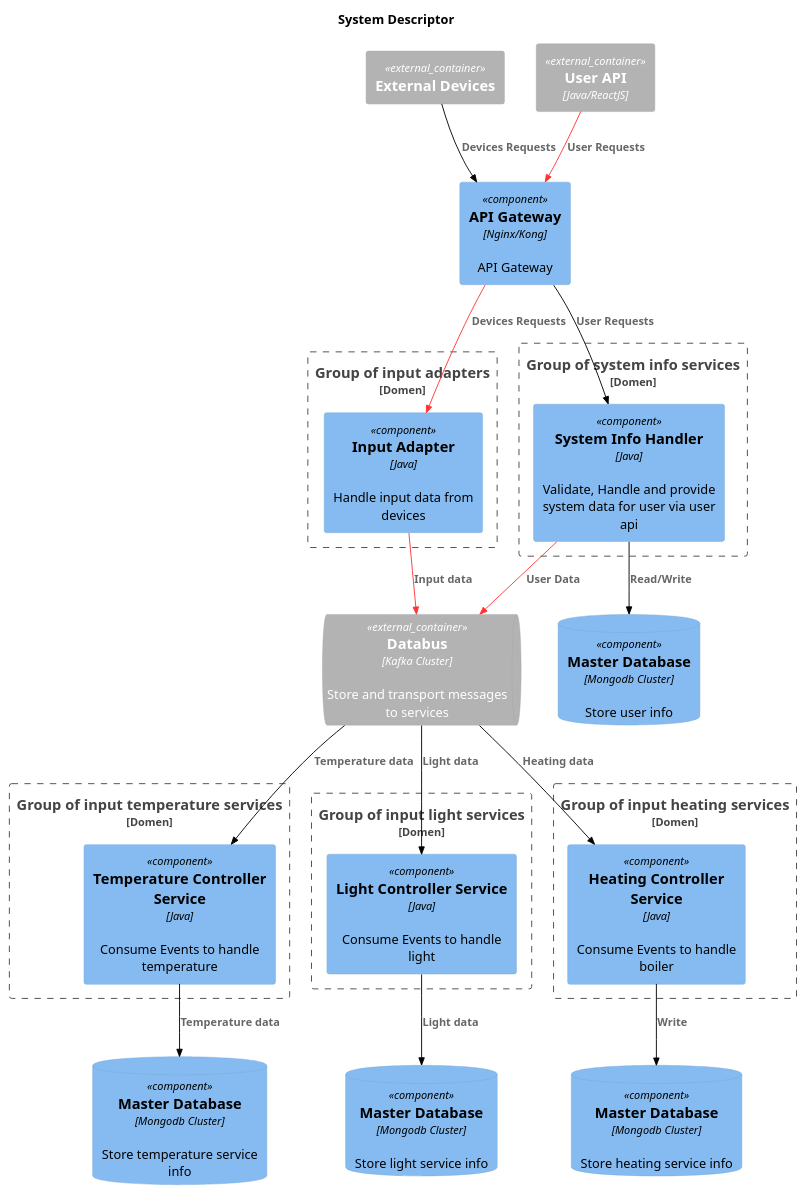
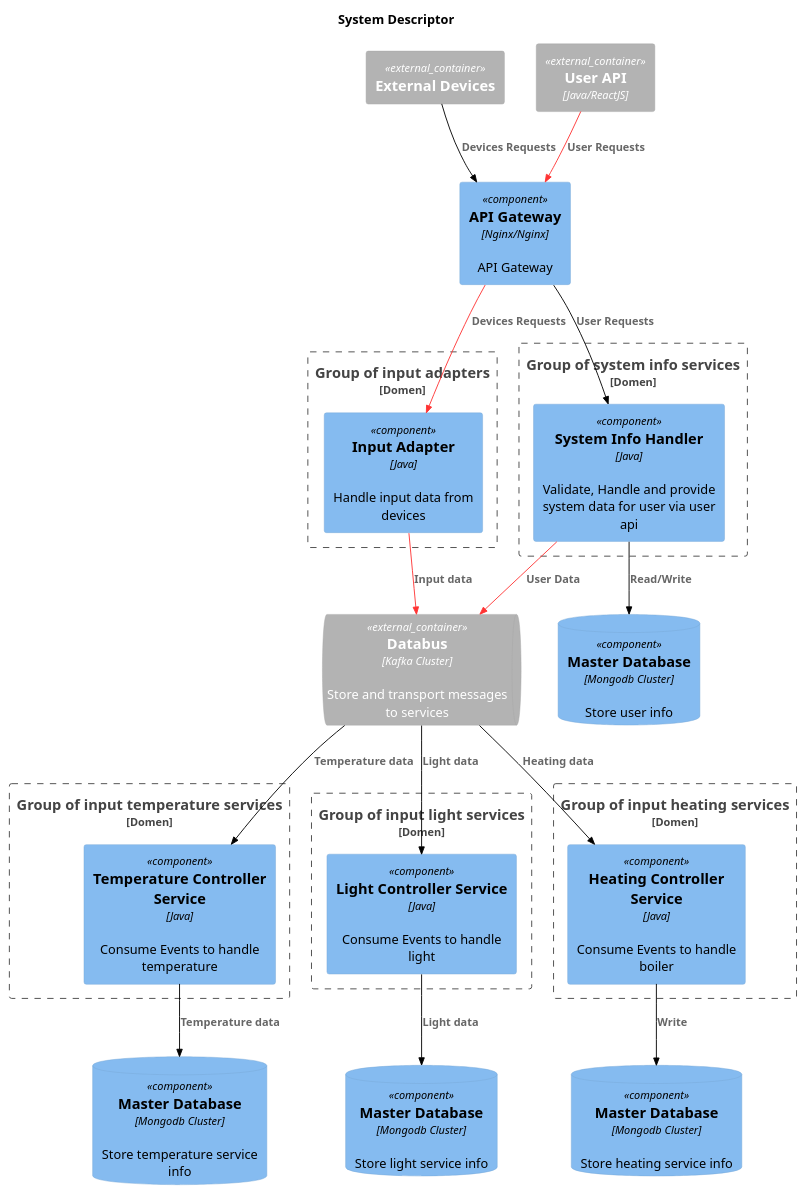
Before and after one commit to Kursor-nn/architecture-sprint-3: the diagram in docs/task_1.2_components.puml, drawn with PlantUML. The commit also changed 1 other file, not shown here.

```diff
--- a/docs/task_1.2_components.puml
+++ b/docs/task_1.2_components.puml
@@ -1,67 +1,67 @@
 @startuml
 !include ./common/C4_Context.puml
 !include ./common/C4_Container.puml
 !include ./common/C4_Component.puml
 
 title System Descriptor
 
 AddRelTag("read", $lineColor="#00e600", $legendText="Write")
 AddRelTag("write", $lineColor="#ff3333", $legendText="Read")
 AddRelTag("read_write", $lineColor="black", $legendText="Read/Write")
 
 Container_Ext(ext_dev, "External Devices")
 Container_Ext(user_api, "User API", "Java/ReactJS")
 
 
 Boundary(input_adapter_family, "Group of input adapters", "Domen") {
     Component(c_sensor_input, "Input Adapter", "Java", "Handle input data from devices")
 }
 
 ContainerQueue_Ext(kafka, "Databus", "Kafka Cluster", "Store and transport messages to services")
 
-Component(api_gateway, "API Gateway", "Nginx/Kong", "API Gateway")
+Component(api_gateway, "API Gateway", "Nginx/Nginx", "API Gateway")
 
 Boundary(system_info_service_family, "Group of system info services", "Domen") {
     Component(system_info_service, "System Info Handler", "Java", "Validate, Handle and provide system data for user via user api")
 }
 
 Boundary(temp_service_family, "Group of input temperature services", "Domen") {
     Component(temp_service, "Temperature Controller Service", "Java", "Consume Events to handle temperature")
 }
 
 Boundary(light_service_family, "Group of input light services", "Domen") {
     Component(light_service, "Light Controller Service", "Java", "Consume Events to handle light")
 }
 
 Boundary(heating_service_family, "Group of input heating services", "Domen") {
     Component(heating_service, "Heating Controller Service", "Java", "Consume Events to handle boiler")
 }
 
 Rel(ext_dev, api_gateway, "Devices Requests", $tags="read_write")
 Rel(user_api, api_gateway, "User Requests", $tags="write")
 Rel(api_gateway, system_info_service, "User Requests", $tags="read_write")
 
 ComponentDb(heating_database, "Master Database", "Mongodb Cluster", "Store heating service info")
 ComponentDb(light_database, "Master Database", "Mongodb Cluster", "Store light service info")
 ComponentDb(temperature_database, "Master Database", "Mongodb Cluster", "Store temperature service info")
 ComponentDb(user_database, "Master Database", "Mongodb Cluster", "Store user info")
 
 Rel(api_gateway, c_sensor_input, "Devices Requests", $tags="write")
 Rel(c_sensor_input, kafka, "Input data", $tags="write")
 Rel(system_info_service, kafka, "User Data", $tags="write")
 
 Rel(kafka, temp_service, "Temperature data", $tags="read_write")
 Rel(kafka, light_service, "Light data", $tags="read_write")
 Rel(kafka, heating_service, "Heating data", $tags="read_write")
 
 Rel(temp_service, temperature_database, "Temperature data", $tags="read_write")
 Rel(light_service, light_database, "Light data", $tags="read_write")
 Rel(heating_service, heating_database, "Write", $tags="read_write")
 
 
 Rel(system_info_service, user_database, "Read/Write", $tags="read_write")
 
 
 
 
 @enduml
```
